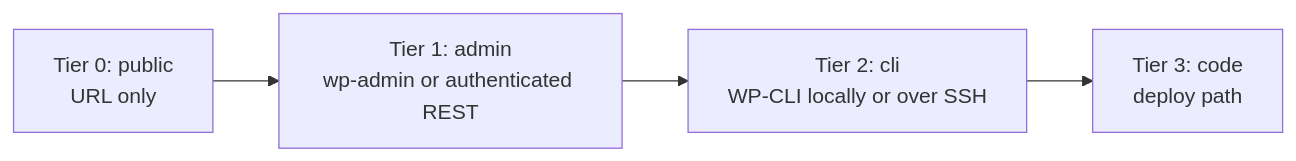
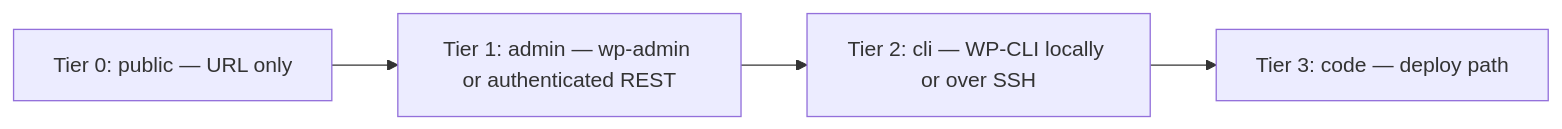
Before and after one commit to billylui/wordpress-performance-skills: the diagram in skills/wp-perf-audit/references/access-tiers.md, drawn with Mermaid. The commit also changed 1 other file, not shown here.

Commit message:
Stop the diagrams depending on HTML for their line breaks
Every multi-line node label used `<br/>`, which only breaks a line when the
renderer has htmlLabels enabled. Where it does not — GitHub sanitises Mermaid
labels — the tag is stripped and the two lines run together, so the first
diagram read "Fingerprintwhat stack is this?".

Rather than swap one HTML form for another, the labels no longer need any: each
is a single line with a dash or comma separator. That renders identically on
GitHub, in VS Code's preview, on mermaid.live and in any static generator,
whatever the renderer's HTML setting, and it is robust whether the cause was
sanitisation or an htmlLabels default.

Sixteen labels across four diagrams. The fifth already had none.

Some labels were shortened rather than joined, because a joined one makes a very
wide node: the host-gate diamond now reads "Host gate — the host's published
policy" instead of three stacked lines, which is the same claim in the space a
diamond actually has.

````diff
--- a/skills/wp-perf-audit/references/access-tiers.md
+++ b/skills/wp-perf-audit/references/access-tiers.md
@@ -22,6 +22,6 @@
 ```mermaid
 flowchart LR
-    T0["Tier 0: public<br/>URL only"] --> T1["Tier 1: admin<br/>wp-admin or authenticated REST"]
-    T1 --> T2["Tier 2: cli<br/>WP-CLI locally or over SSH"]
-    T2 --> T3["Tier 3: code<br/>deploy path"]
+    T0["Tier 0: public — URL only"] --> T1["Tier 1: admin — wp-admin or authenticated REST"]
+    T1 --> T2["Tier 2: cli — WP-CLI locally or over SSH"]
+    T2 --> T3["Tier 3: code — deploy path"]
 ```
````
